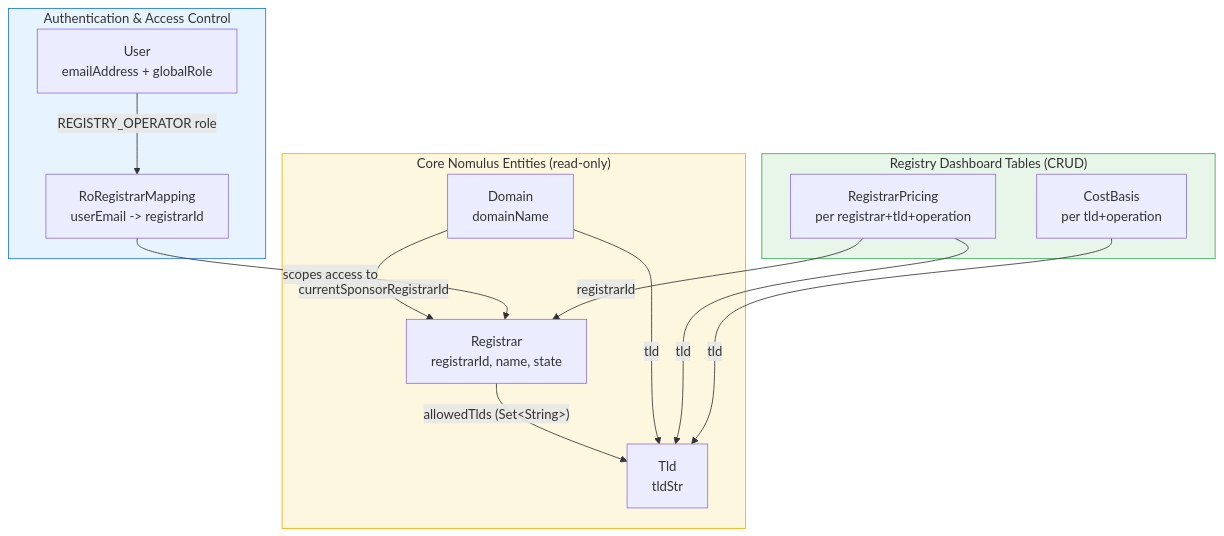
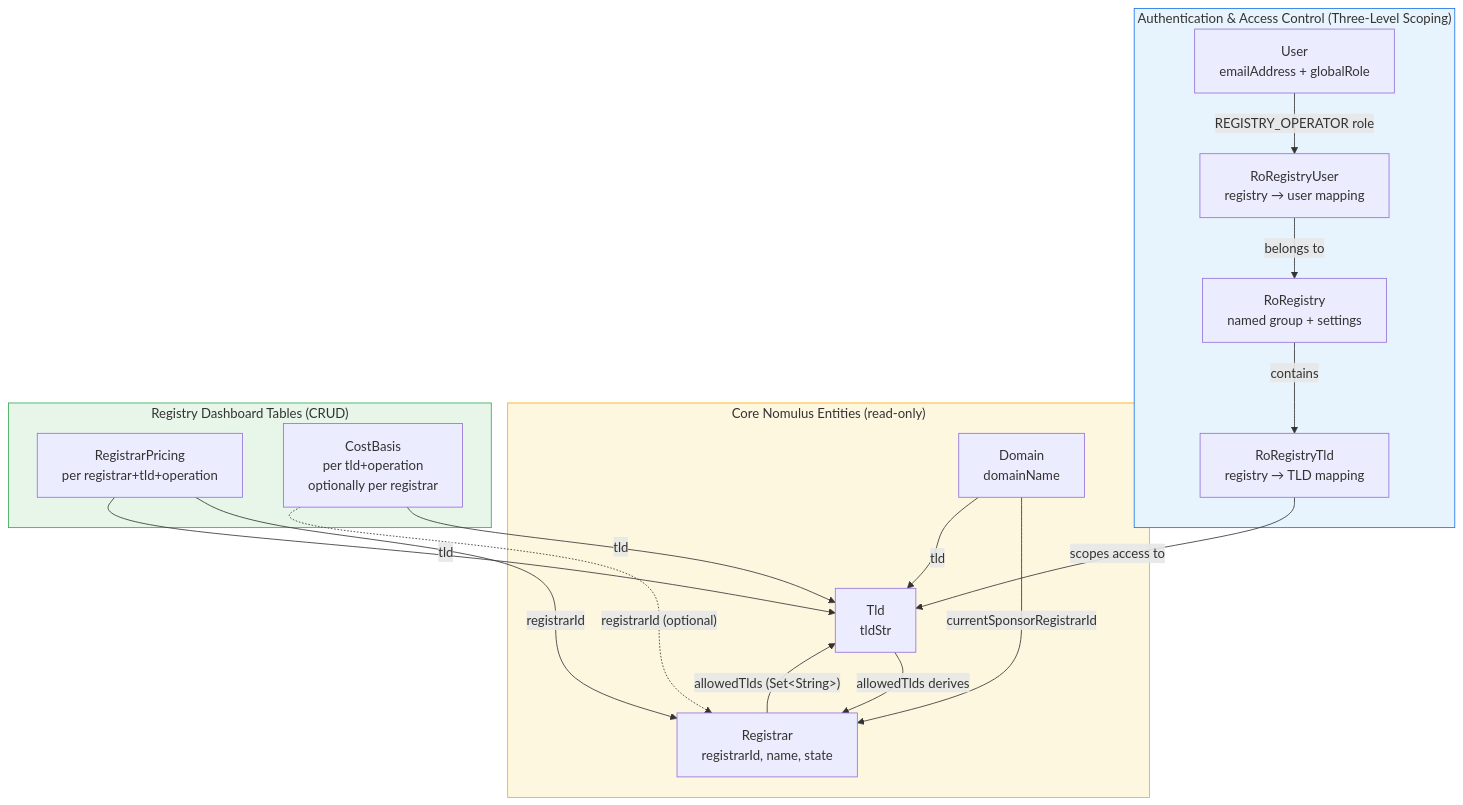
Before and after one commit to unstoppabledomains/nomulus: the second of 6 diagrams in docs/registry-dash-data-model.md, drawn with Mermaid. The commit also changed other lines of this file and 1 other file, not shown here.

````diff
--- a/docs/registry-dash-data-model.md
+++ b/docs/registry-dash-data-model.md
@@ -89,31 +104,37 @@
 ```mermaid
 flowchart TB
-    subgraph Auth ["Authentication & Access Control"]
+    subgraph Auth ["Authentication & Access Control (Three-Level Scoping)"]
         U[User<br/>emailAddress + globalRole]
-        M[RoRegistrarMapping<br/>userEmail -> registrarId]
-        U -->|"REGISTRY_OPERATOR role"| M
+        REG[RoRegistry<br/>named group + settings]
+        RTL[RoRegistryTld<br/>registry → TLD mapping]
+        RU[RoRegistryUser<br/>registry → user mapping]
+        U -->|"REGISTRY_OPERATOR role"| RU
+        RU -->|"belongs to"| REG
+        REG -->|"contains"| RTL
     end
 
     subgraph Core ["Core Nomulus Entities (read-only)"]
         R[Registrar<br/>registrarId, name, state]
         T[Tld<br/>tldStr]
         D[Domain<br/>domainName]
         R -->|"allowedTlds (Set&lt;String&gt;)"| T
         D -->|"currentSponsorRegistrarId"| R
         D -->|"tld"| T
     end
 
     subgraph Dash ["Registry Dashboard Tables (CRUD)"]
         P[RegistrarPricing<br/>per registrar+tld+operation]
-        C[CostBasis<br/>per tld+operation]
+        C[CostBasis<br/>per tld+operation<br/>optionally per registrar]
     end
 
-    M -->|"scopes access to"| R
+    RTL -->|"scopes access to"| T
+    T -->|"allowedTlds derives"| R
     P -->|"registrarId"| R
     P -->|"tld"| T
     C -->|"tld"| T
+    C -.->|"registrarId (optional)"| R
 
     style Auth fill:#e8f4fd,stroke:#1a73e8
     style Core fill:#fef7e0,stroke:#f9ab00
     style Dash fill:#e8f5e9,stroke:#34a853
 ```
````
